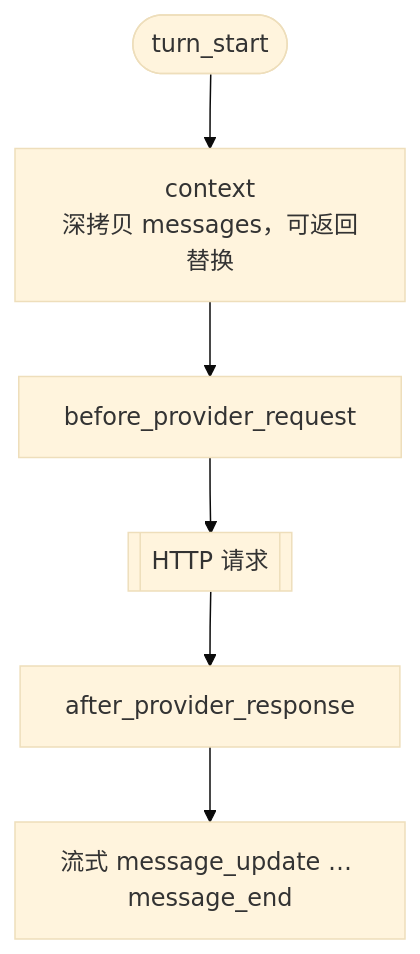
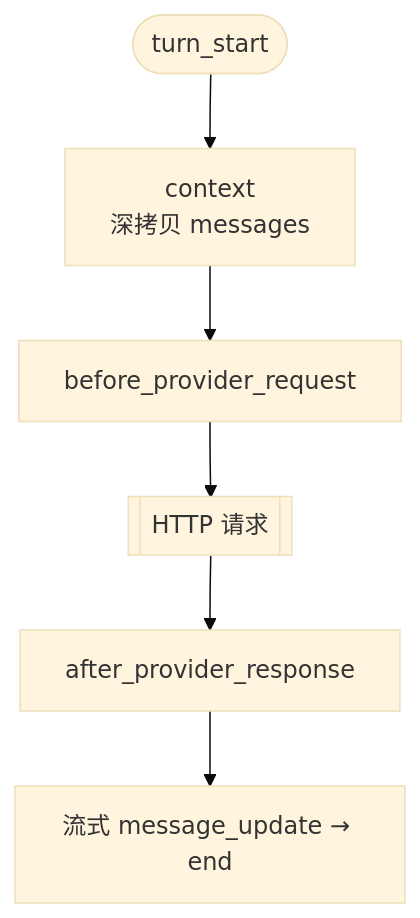
Before and after one commit to kunge2013/kunge2013.github.io: the diagram in docs/posts/pi-agent/18-hellopi-context.md, drawn with Mermaid (base theme). The commit also changed 9 other files, not shown here.

First line of the commit message:
fix: 修复 mermaid 流程图中文标签溢出裁切

````diff
--- a/docs/posts/pi-agent/18-hellopi-context.md
+++ b/docs/posts/pi-agent/18-hellopi-context.md
@@ -19,8 +19,8 @@
 ```mermaid
 flowchart TD
-    TS(["turn_start"]) --> CTX["context<br/>深拷贝 messages，可返回替换"]
+    TS(["turn_start"]) --> CTX["context<br/>深拷贝 messages"]
     CTX --> BPR["before_provider_request"]
     BPR --> HTTP[["HTTP 请求"]]
     HTTP --> APR["after_provider_response"]
-    APR --> MSG["流式 message_update … message_end"]
+    APR --> MSG["流式 message_update → end"]
 ```
````
